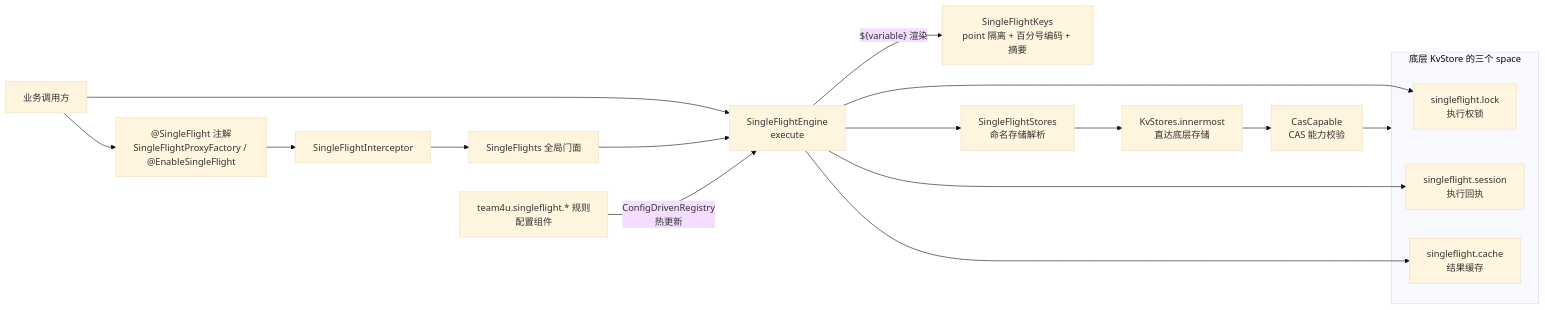
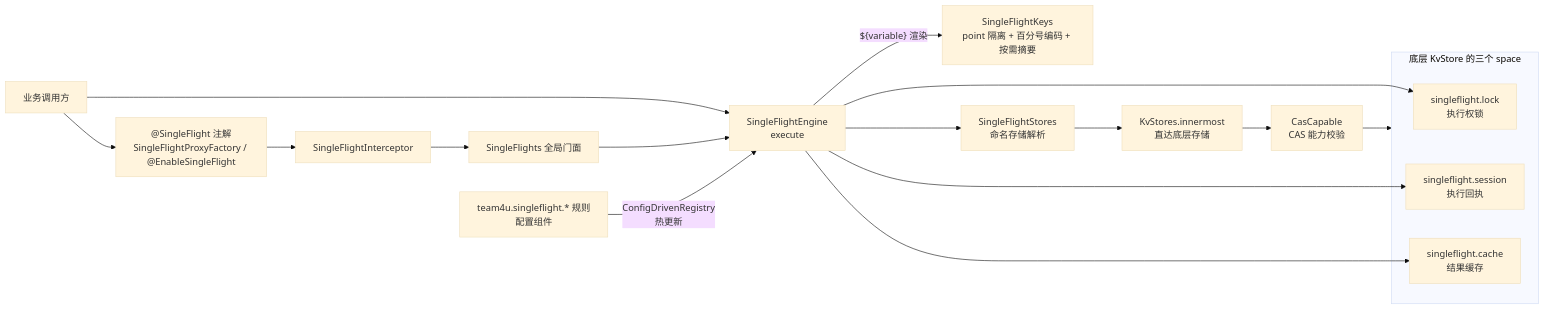
The diagram in docs/singleflight/README.md (team4u/team4u-framework), drawn with Mermaid (base theme) before and after one commit. The commit also changed other lines of this file and 13 other files, not shown here.

````diff
--- a/docs/singleflight/README.md
+++ b/docs/singleflight/README.md
@@ -33,25 +33,25 @@
 ```mermaid
 graph LR
     A[业务调用方] --> F["SingleFlightEngine<br/>execute"]
     A --> AN["@SingleFlight 注解<br/>SingleFlightProxyFactory / @EnableSingleFlight"]
     AN --> I[SingleFlightInterceptor]
     I --> SF[SingleFlights 全局门面]
     SF --> F
 
     CONFIG["team4u.singleflight.* 规则<br/>配置组件"] -->|ConfigDrivenRegistry<br/>热更新| F
-    F -->|"${variable}" 渲染| KEYS["SingleFlightKeys<br/>point 隔离 + 百分号编码 + 摘要"]
+    F -->|"${variable}" 渲染| KEYS["SingleFlightKeys<br/>point 隔离 + 百分号编码 + 按需摘要"]
     F --> STORES["SingleFlightStores<br/>命名存储解析"]
     STORES --> INNER["KvStores.innermost<br/>直达底层存储"]
     INNER --> CAS["CasCapable<br/>CAS 能力校验"]
 
     subgraph KV["底层 KvStore 的三个 space"]
         LOCK["singleflight.lock<br/>执行权锁"]
         SESSION["singleflight.session<br/>执行回执"]
         CACHE["singleflight.cache<br/>结果缓存"]
     end
 
     F --> LOCK
     F --> SESSION
     F --> CACHE
     CAS --> KV
 ```
````
